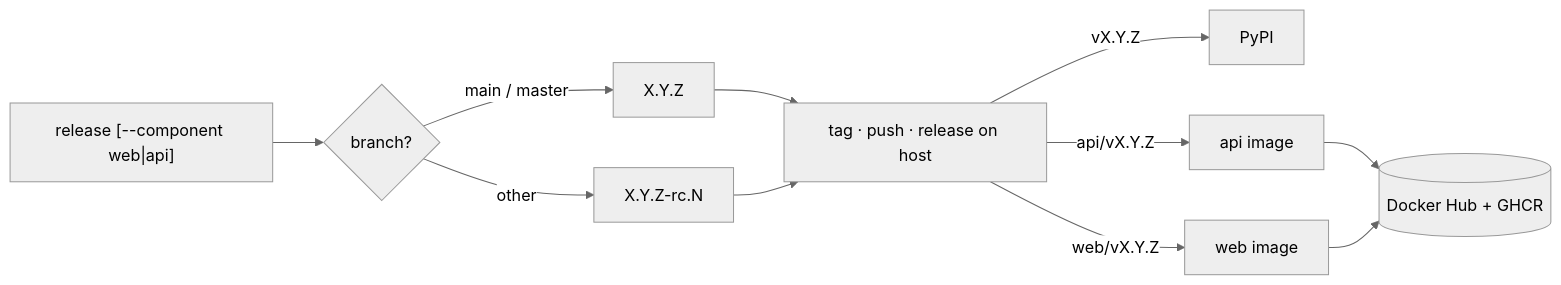
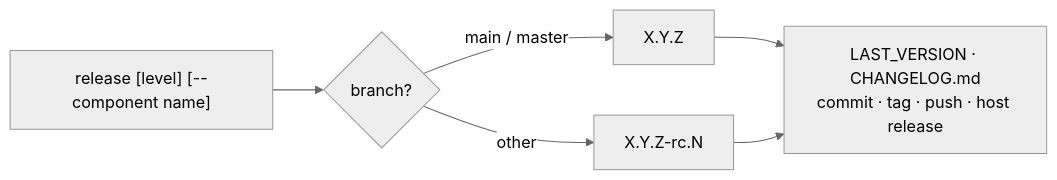
One commit to actionplatform/action-platform changed the diagram in docs/concept_releases.md. Above: the diagram before and after it, drawn with Mermaid (neutral theme). The commit also changed other lines of this file and 1 other file, not shown here.

First line of the commit message:
docs(releases): a product page; this repository's release workflows move to development (#734)

````diff
--- a/docs/concept_releases.md
+++ b/docs/concept_releases.md
@@ -21,11 +12,7 @@
 ```mermaid
 flowchart LR
-    R["release [--component web|api]"] --> V{branch?}
+    R["release [level] [--component name]"] --> V{branch?}
     V -->|main / master| S["X.Y.Z"]
     V -->|other| RC["X.Y.Z-rc.N"]
-    S & RC --> T["tag · push · release on host"]
-    T -->|"vX.Y.Z"| P[PyPI]
-    T -->|"api/vX.Y.Z"| IA[api image]
-    T -->|"web/vX.Y.Z"| IW[web image]
-    IA & IW --> H[(Docker Hub + GHCR)]
+    S & RC --> T["LAST_VERSION · CHANGELOG.md<br/>commit · tag · push · host release"]
 ```
````
